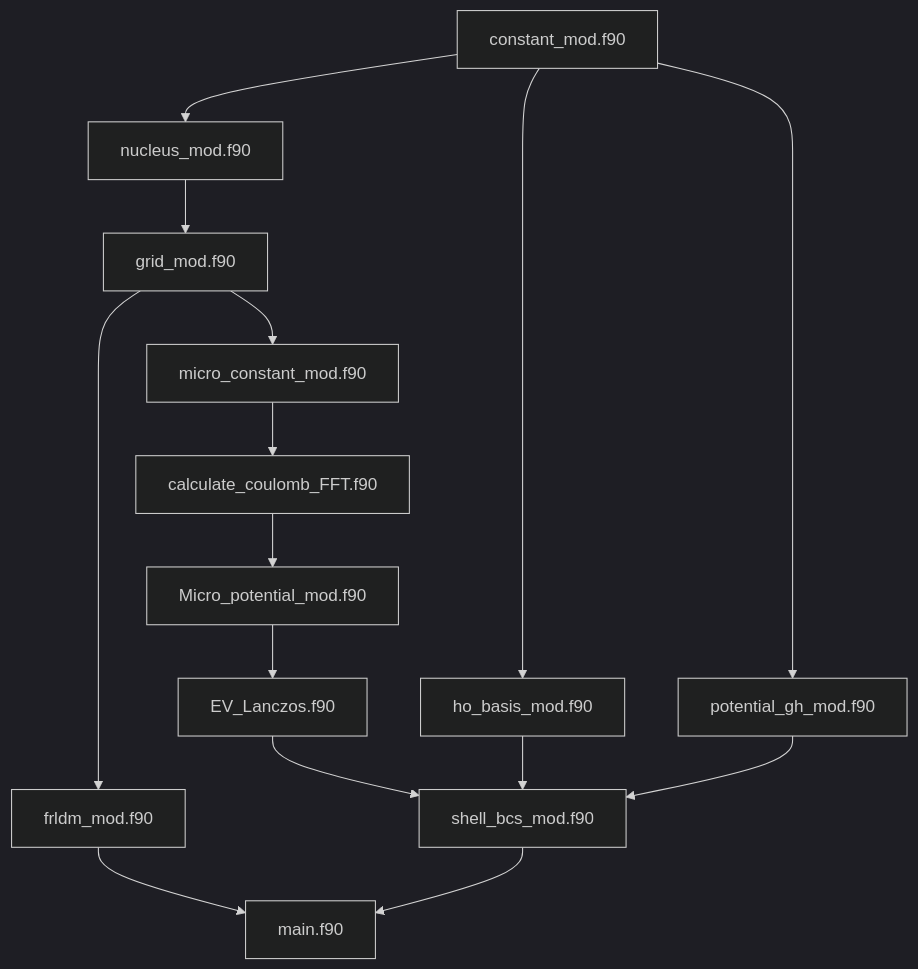
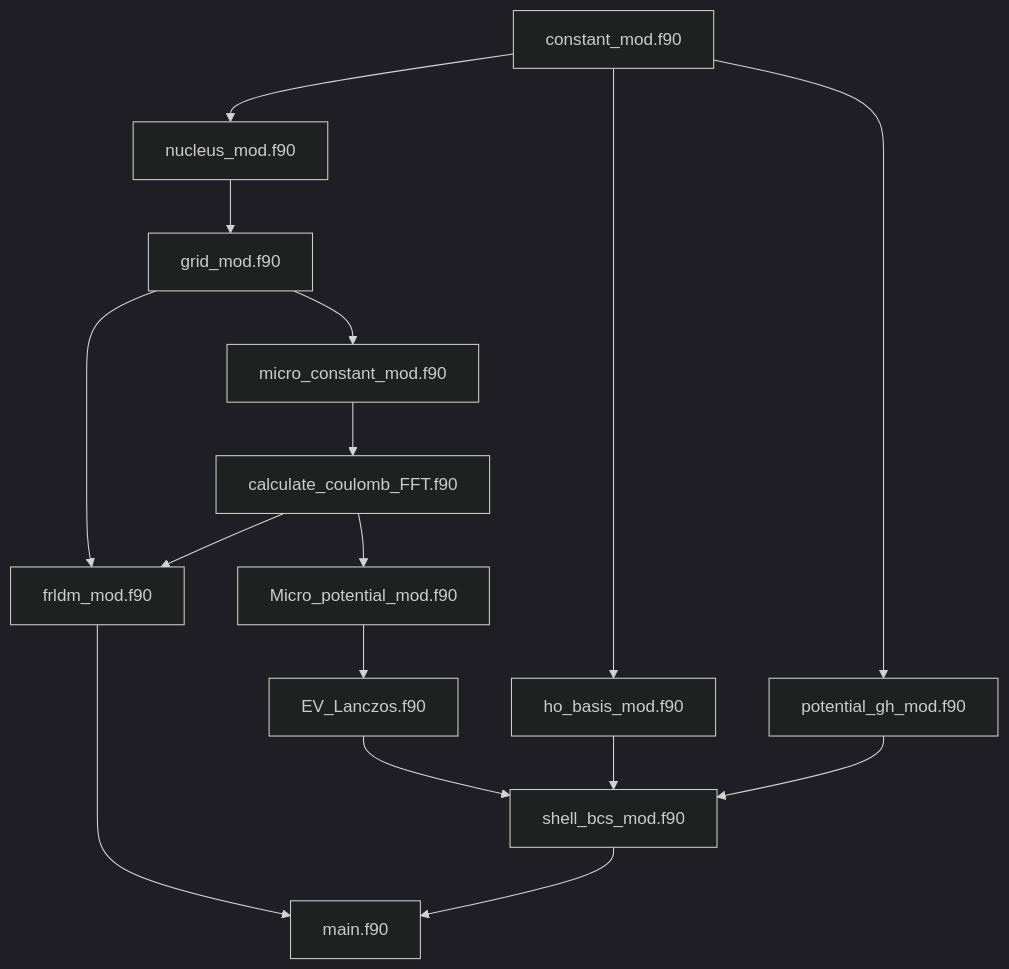
One commit to tanamarugithuber/Microscopic-Macroscopic- changed the diagram in README.md. Above: the diagram before and after it, drawn with Mermaid (dark theme). The commit also changed other lines of this file and 4 other files, not shown here.

First line of the commit message:
Coulomb potential for B3 by the FALR method (multipole + FFT)

````diff
--- a/README.md
+++ b/README.md
@@ -23,18 +23,19 @@
 ```mermaid
 graph TD;
     constant_mod.f90-->nucleus_mod.f90;
     nucleus_mod.f90-->grid_mod.f90;
     grid_mod.f90-->frldm_mod.f90;
+    calculate_coulomb_FFT.f90-->frldm_mod.f90;
     grid_mod.f90-->micro_constant_mod.f90;
     micro_constant_mod.f90-->calculate_coulomb_FFT.f90
     calculate_coulomb_FFT.f90-->Micro_potential_mod.f90
     Micro_potential_mod.f90-->EV_Lanczos.f90
     EV_Lanczos.f90-->shell_bcs_mod.f90
     frldm_mod.f90-->main.f90
     shell_bcs_mod.f90-->main.f90
     constant_mod.f90-->ho_basis_mod.f90
     ho_basis_mod.f90-->shell_bcs_mod.f90
     constant_mod.f90-->potential_gh_mod.f90
     potential_gh_mod.f90-->shell_bcs_mod.f90
 
 ```
````
